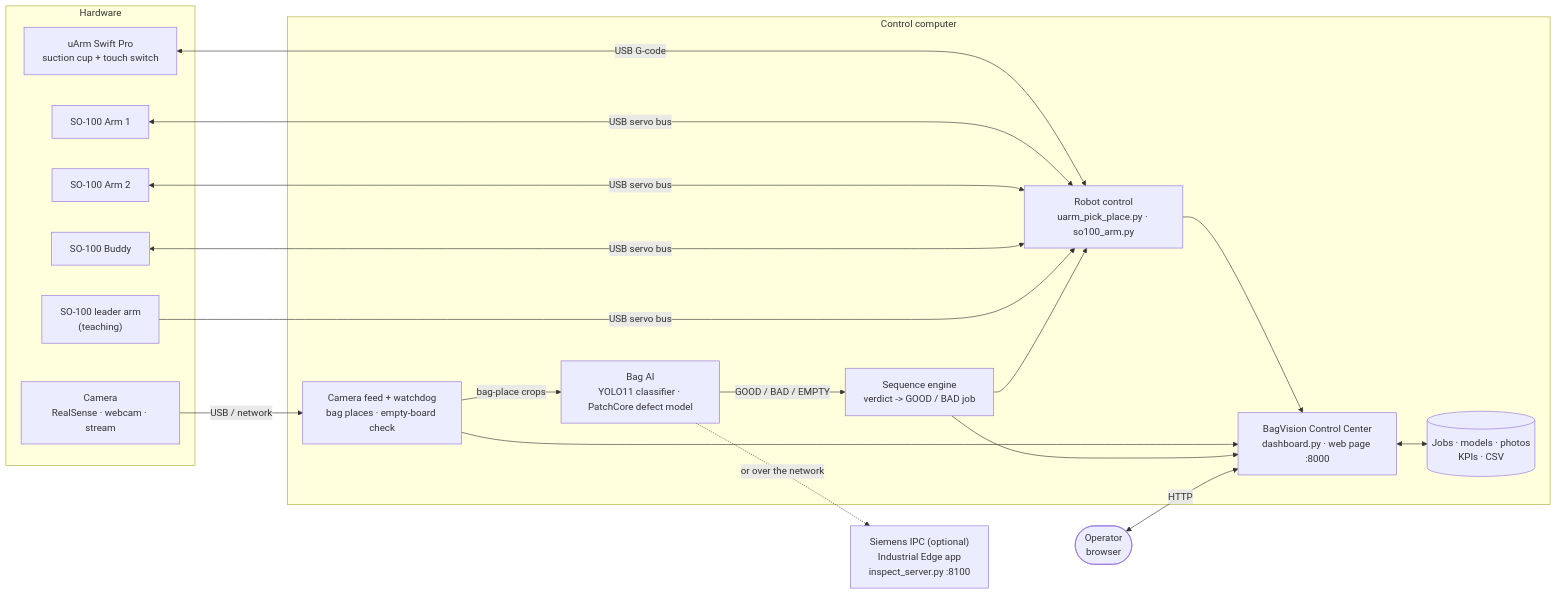
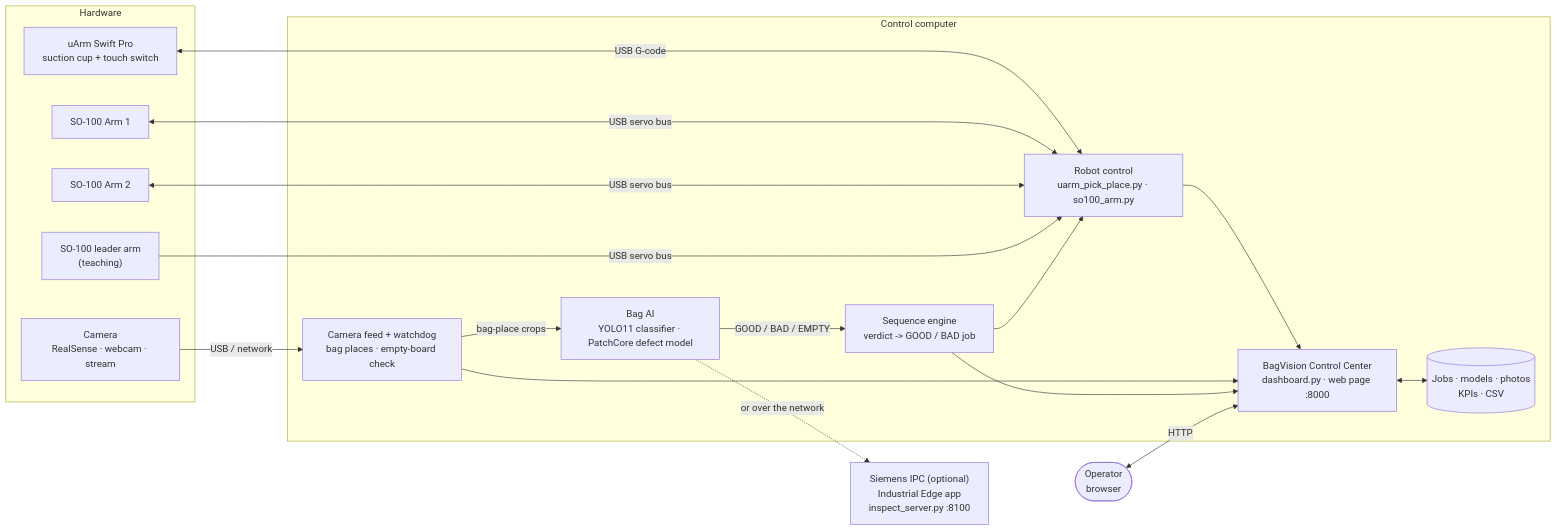
One commit to tejavadlamudi03/smart_bag_vision changed the first of 3 diagrams in README.md. Above: the diagram before and after it, drawn with Mermaid. The commit also changed other lines of this file and 8 other files, not shown here.

````diff
--- a/README.md
+++ b/README.md
@@ -35,39 +35,37 @@
 ```mermaid
 flowchart LR
     subgraph HW["Hardware"]
         UARM["uArm Swift Pro<br/>suction cup + touch switch"]
         A1["SO-100 Arm 1"]
         A2["SO-100 Arm 2"]
-        BUD["SO-100 Buddy"]
         LEAD["SO-100 leader arm<br/>(teaching)"]
         CAM["Camera<br/>RealSense · webcam · stream"]
     end
 
     subgraph PC["Control computer"]
         CTRL["Robot control<br/>uarm_pick_place.py · so100_arm.py"]
         CF["Camera feed + watchdog<br/>bag places · empty-board check"]
         AI["Bag AI<br/>YOLO11 classifier · PatchCore defect model"]
         SEQ["Sequence engine<br/>verdict -> GOOD / BAD job"]
         DASH["BagVision Control Center<br/>dashboard.py · web page :8000"]
         DATA[("Jobs · models · photos<br/>KPIs · CSV")]
     end
 
     IPC["Siemens IPC (optional)<br/>Industrial Edge app<br/>inspect_server.py :8100"]
     USER(["Operator<br/>browser"])
 
     UARM <-->|USB G-code| CTRL
     A1 <-->|USB servo bus| CTRL
     A2 <-->|USB servo bus| CTRL
-    BUD <-->|USB servo bus| CTRL
     LEAD -->|USB servo bus| CTRL
     CAM -->|USB / network| CF
     CF -->|bag-place crops| AI
     AI -.->|or over the network| IPC
     AI -->|GOOD / BAD / EMPTY| SEQ
     SEQ --> CTRL
     CTRL --> DASH
     CF --> DASH
     SEQ --> DASH
     DASH <--> DATA
     USER <-->|HTTP| DASH
 ```
````
